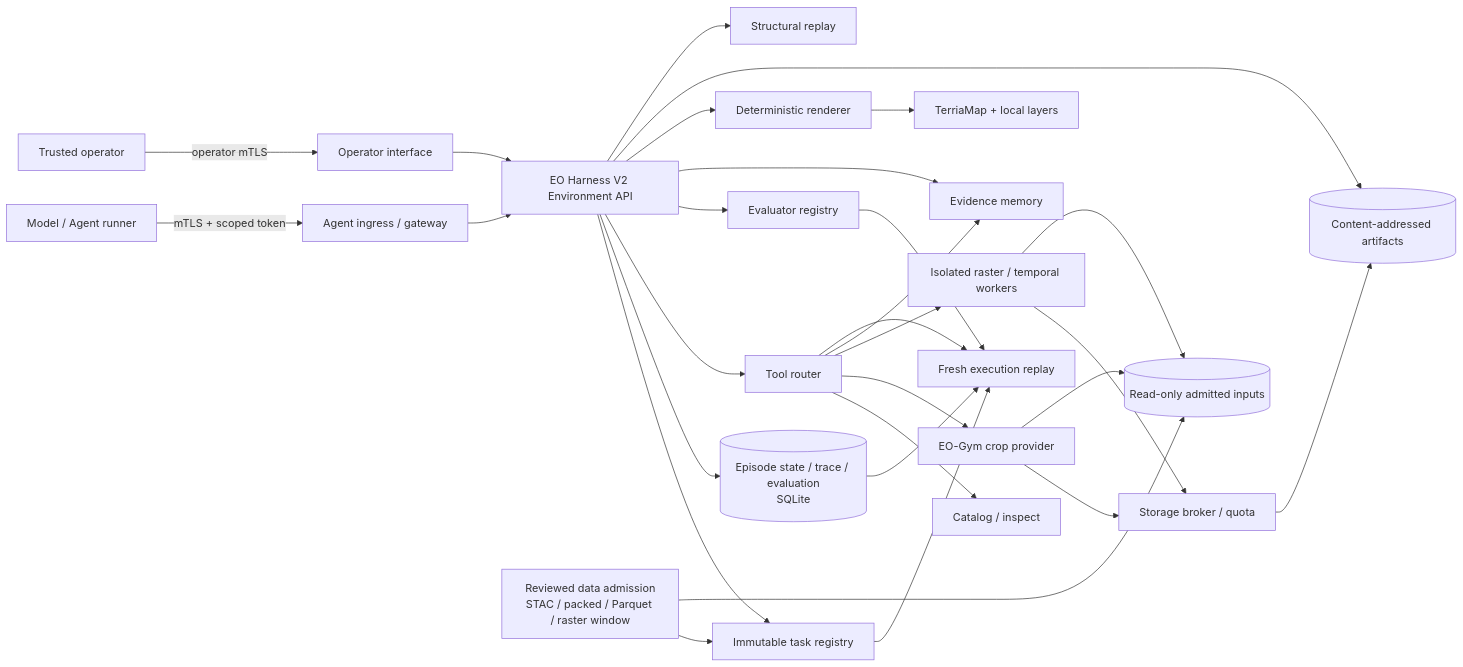
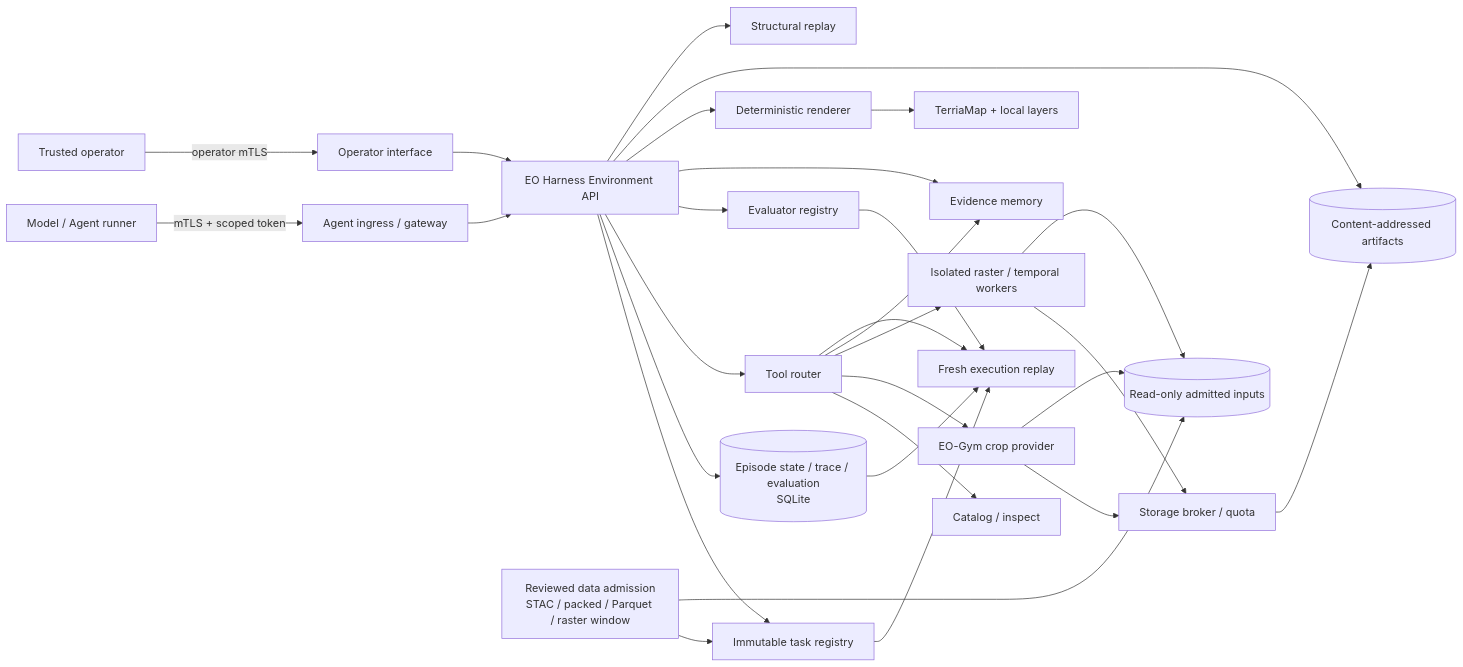
One commit to MingYang1010/rsharness changed the diagram in docs/current-architecture-framework.md. Above: the diagram before and after it, drawn with Mermaid. The commit also changed other lines of this file and 5 other files, not shown here.

````diff
--- a/docs/current-architecture-framework.md
+++ b/docs/current-architecture-framework.md
@@ -33,36 +33,36 @@
 ```mermaid
 flowchart LR
     A[Model / Agent runner] -->|mTLS + scoped token| G[Agent ingress / gateway]
     O[Trusted operator] -->|operator mTLS| I[Operator interface]
-    G --> H[EO Harness V2 Environment API]
+    G --> H[EO Harness Environment API]
     I --> H
 
     H --> T[Immutable task registry]
     H --> S[(Episode state / trace / evaluation\nSQLite)]
     H --> R[Tool router]
     H --> E[Evaluator registry]
     H --> V[Evidence memory]
     H --> D[Deterministic renderer]
 
     D --> M[TerriaMap + local layers]
     R --> C[Catalog / inspect]
     R --> P[EO-Gym crop provider]
     R --> X[Isolated raster / temporal workers]
     R --> V
 
     P --> B[Storage broker / quota]
     X --> B
     B --> F[(Content-addressed artifacts)]
     H --> F
 
     Q[Reviewed data admission\nSTAC / packed / Parquet / raster window] --> T
     Q --> L[(Read-only admitted inputs)]
     P --> L
     X --> L
 
     H --> Y[Structural replay]
     S --> Z[Fresh execution replay]
     T --> Z
     R --> Z
     E --> Z
 ```
````
